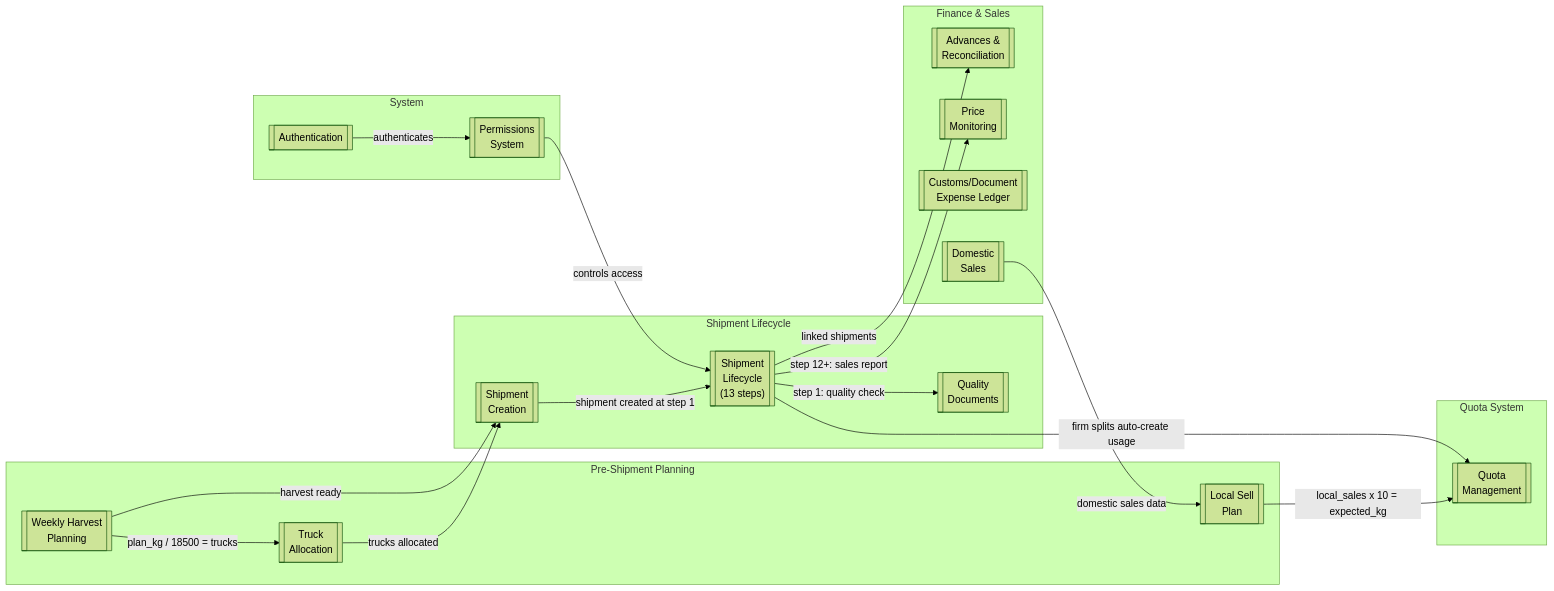
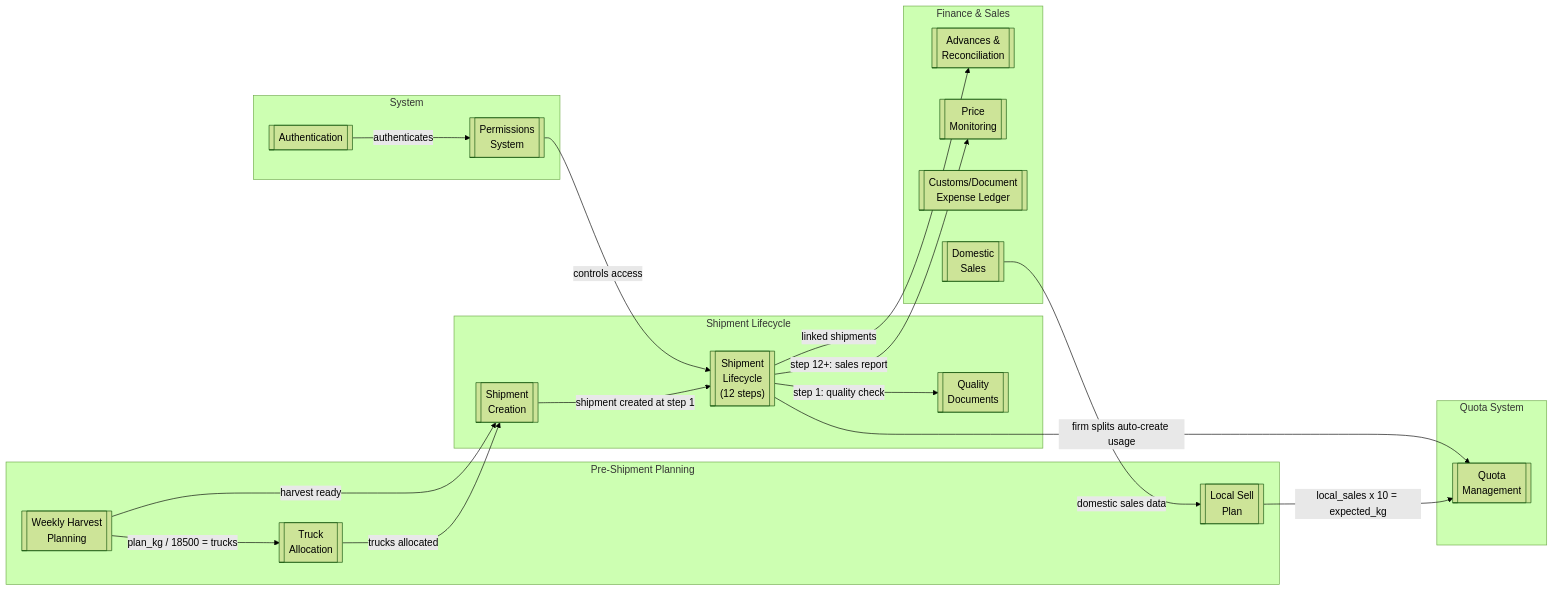
Before and after one commit to Jasurbek99/yigit_platform: the diagram in docs/obsidian/00-index.md, drawn with Mermaid (forest theme). The commit also changed other lines of this file and 11 other files, not shown here.

````diff
--- a/docs/obsidian/00-index.md
+++ b/docs/obsidian/00-index.md
@@ -13,43 +13,43 @@
 ```mermaid
 flowchart LR
     subgraph Planning["Pre-Shipment Planning"]
         WHP[["Weekly Harvest\nPlanning"]]
         TA[["Truck\nAllocation"]]
         LSP[["Local Sell\nPlan"]]
     end
 
     subgraph Lifecycle["Shipment Lifecycle"]
         SC[["Shipment\nCreation"]]
-        SL[["Shipment\nLifecycle\n(13 steps)"]]
+        SL[["Shipment\nLifecycle\n(12 steps)"]]
         QD[["Quality\nDocuments"]]
     end
 
     subgraph Quotas["Quota System"]
         QM[["Quota\nManagement"]]
     end
 
     subgraph Finance["Finance & Sales"]
         PM[["Price\nMonitoring"]]
         AR[["Advances &\nReconciliation"]]
         CEL[["Customs/Document\nExpense Ledger"]]
         DS[["Domestic\nSales"]]
     end
 
     subgraph System["System"]
         PS[["Permissions\nSystem"]]
         AU[["Authentication"]]
     end
 
     WHP -->|"plan_kg / 18500 = trucks"| TA
     WHP -->|"harvest ready"| SC
     TA -->|"trucks allocated"| SC
     SC -->|"shipment created at step 1"| SL
     LSP -->|"local_sales x 10 = expected_kg"| QM
     SL -->|"firm splits auto-create usage"| QM
     SL -->|"step 1: quality check"| QD
     SL -->|"step 12+: sales report"| PM
     SL -->|"linked shipments"| AR
     DS -->|"domestic sales data"| LSP
     PS -->|"controls access"| SL
     AU -->|"authenticates"| PS
 ```
````
